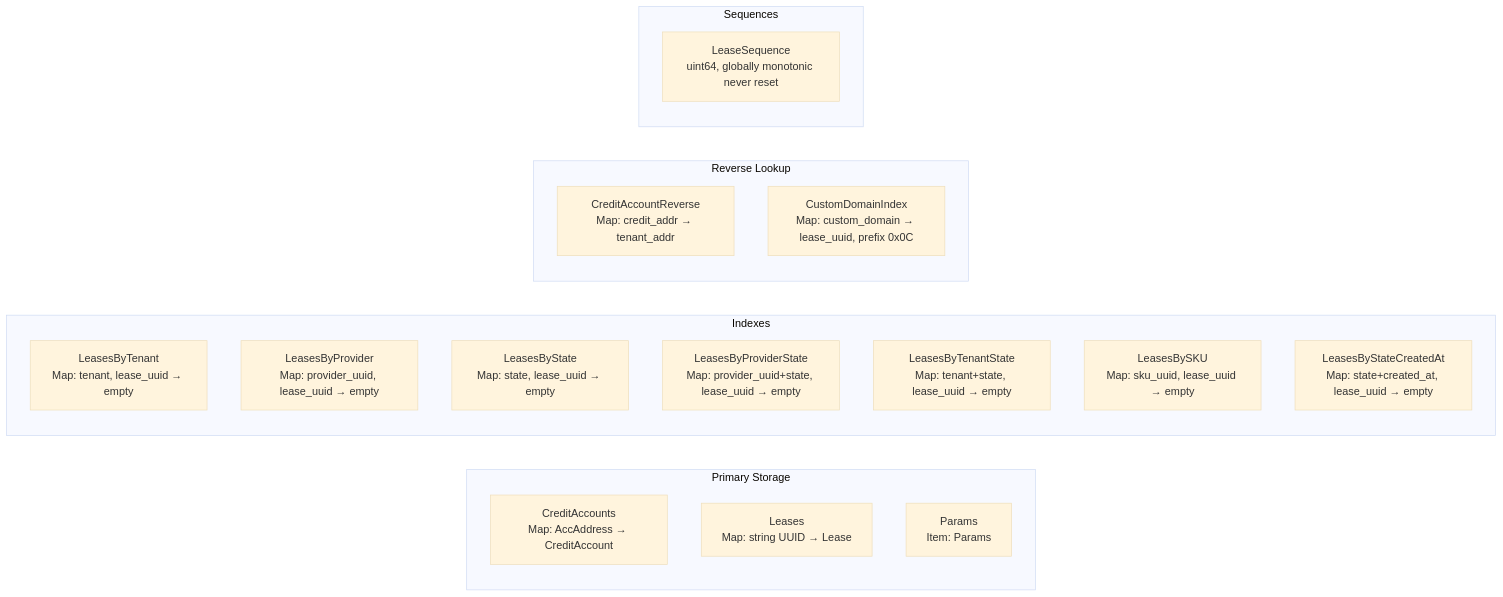
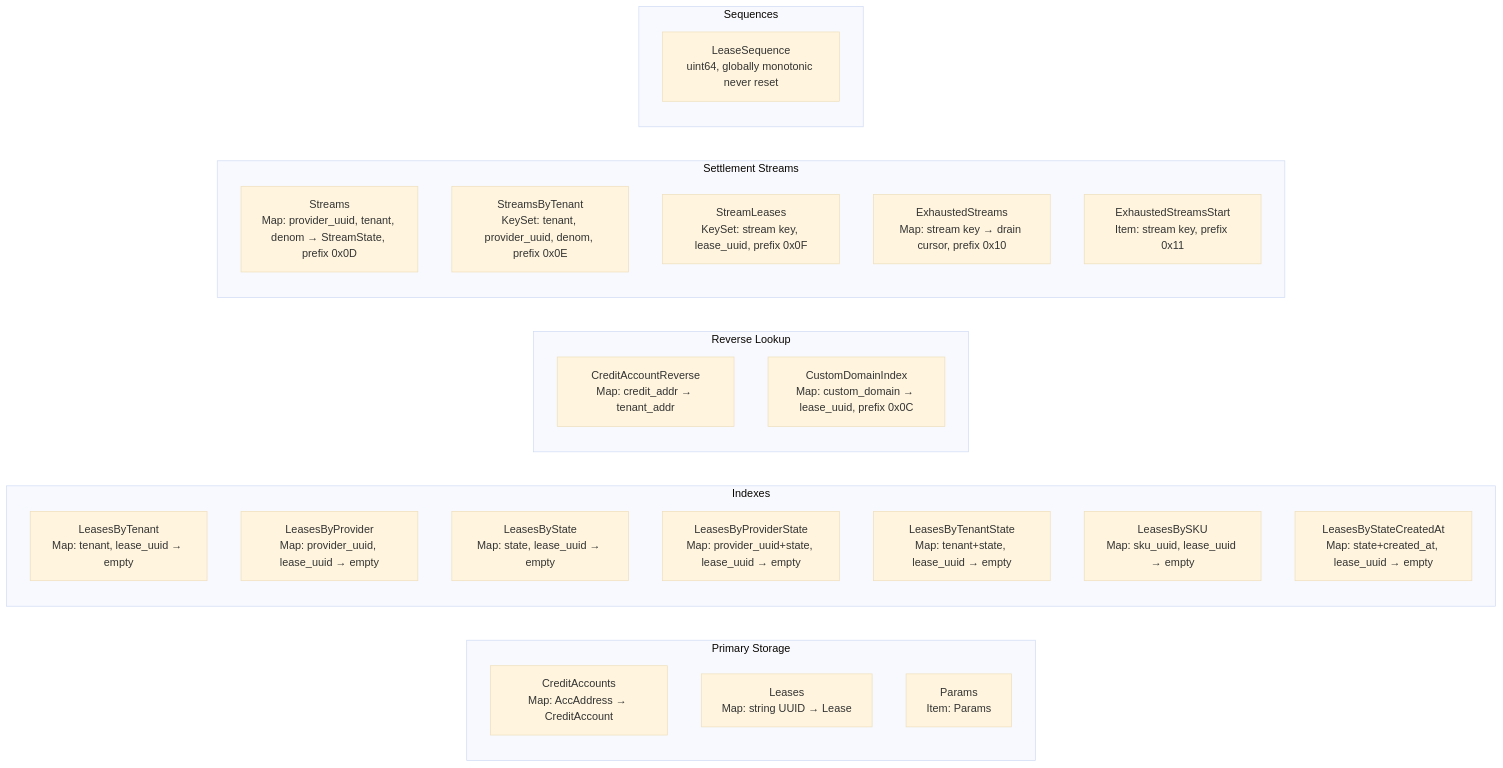
The third of 13 diagrams in x/billing/docs/ARCHITECTURE.md (manifest-network/manifest-ledger), drawn with Mermaid (base theme) before and after one commit. The commit also changed other lines of this file and 73 other files, not shown here.

````diff
--- a/x/billing/docs/ARCHITECTURE.md
+++ b/x/billing/docs/ARCHITECTURE.md
@@ -168,27 +207,35 @@
 ```mermaid
 graph LR
     subgraph "Primary Storage"
         CreditAccounts[CreditAccounts<br/>Map: AccAddress → CreditAccount]
         Leases[Leases<br/>Map: string UUID → Lease]
         Params[Params<br/>Item: Params]
     end
 
     subgraph "Indexes"
         TenantIdx[LeasesByTenant<br/>Map: tenant, lease_uuid → empty]
         ProviderIdx[LeasesByProvider<br/>Map: provider_uuid, lease_uuid → empty]
         StateIdx[LeasesByState<br/>Map: state, lease_uuid → empty]
         ProviderStateIdx[LeasesByProviderState<br/>Map: provider_uuid+state, lease_uuid → empty]
         TenantStateIdx[LeasesByTenantState<br/>Map: tenant+state, lease_uuid → empty]
         SKUIdx[LeasesBySKU<br/>Map: sku_uuid, lease_uuid → empty]
         StateCreatedAtIdx[LeasesByStateCreatedAt<br/>Map: state+created_at, lease_uuid → empty]
     end
 
     subgraph "Reverse Lookup"
         CreditReverse[CreditAccountReverse<br/>Map: credit_addr → tenant_addr]
         CustomDomainIdx[CustomDomainIndex<br/>Map: custom_domain → lease_uuid, prefix 0x0C]
     end
 
+    subgraph "Settlement Streams"
+        Streams[Streams<br/>Map: provider_uuid, tenant, denom → StreamState, prefix 0x0D]
+        StreamsByTenant[StreamsByTenant<br/>KeySet: tenant, provider_uuid, denom, prefix 0x0E]
+        StreamLeases[StreamLeases<br/>KeySet: stream key, lease_uuid, prefix 0x0F]
+        ExhaustedStreams[ExhaustedStreams<br/>Map: stream key → drain cursor, prefix 0x10]
+        ExhaustedStreamsStart[ExhaustedStreamsStart<br/>Item: stream key, prefix 0x11]
+    end
+
     subgraph "Sequences"
         LeaseSeq[LeaseSequence<br/>uint64, globally monotonic never reset]
     end
 ```
````
